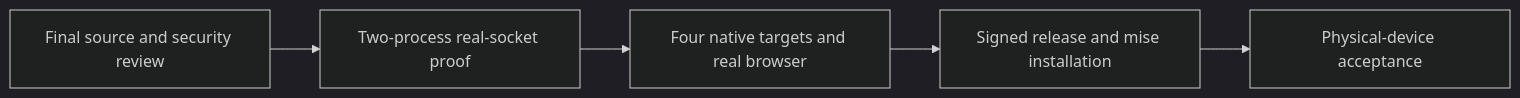
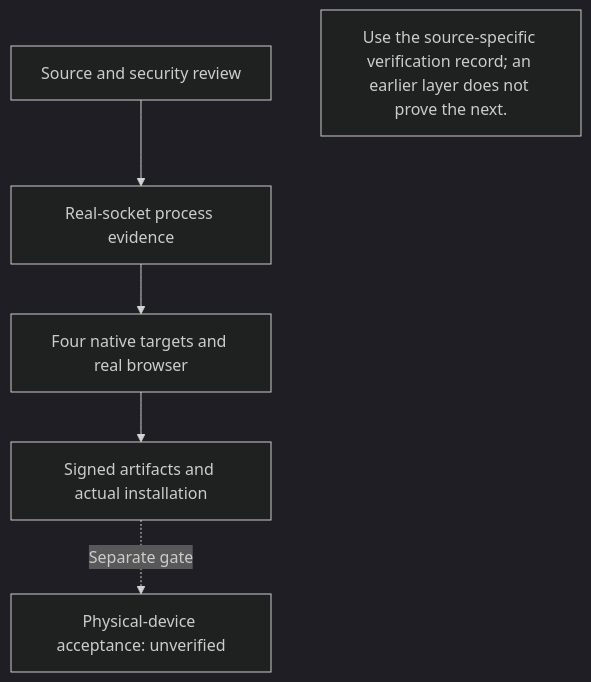
The diagram in docs/ROADMAP.en.md (webkaz-labs/sobalink), drawn with Mermaid (dark theme) before and after one commit. The commit also changed 238 other files, not shown here.

First line of the commit message:
docs: explain workflows with distinct diagrams and real screen examples (#60)

````diff
--- a/docs/ROADMAP.en.md
+++ b/docs/ROADMAP.en.md
@@ -39,7 +39,11 @@
 ```mermaid
-flowchart LR
-    S[Final source and security review] --> I[Two-process real-socket proof]
-    I --> N[Four native targets and real browser]
-    N --> D[Signed release and mise installation]
-    D --> P[Physical-device acceptance]
+flowchart TD
+ accTitle: Evidence levels and the remaining device gate
+ accDescr: Use the source-specific verification record; an earlier layer does not prove the next.
+ A["Source and security review"] --> B["Real-socket process evidence"]
+ B --> C["Four native targets and real browser"]
+ C --> D["Signed artifacts and actual installation"]
+ D -. Separate gate .-> E["Physical-device acceptance: unverified"]
+
+ LIMIT["Use the source-specific verification record; an earlier layer does not prove the next."]
 ```
````
